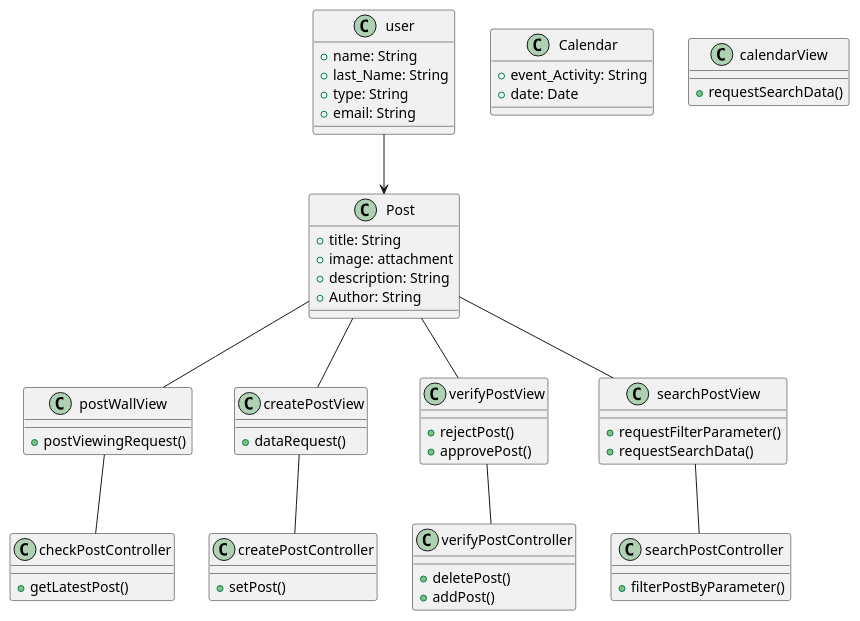
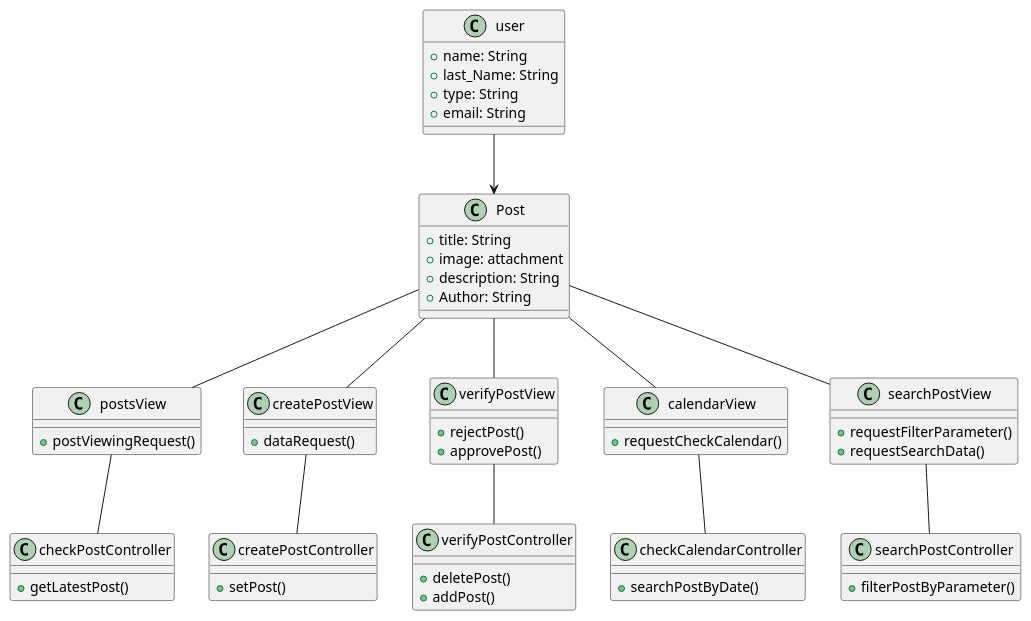
Before and after one commit to Dayannis-07/ING_SOFT: the diagram in docs/scenariosView/AnalysisClassDiagram.plantuml, drawn with PlantUML. The commit also changed 7 other files, not shown here.

```diff
--- a/docs/scenariosView/AnalysisClassDiagram.plantuml
+++ b/docs/scenariosView/AnalysisClassDiagram.plantuml
@@ -1,58 +1,59 @@
 @startuml classDiagram
 class user{
  +name: String
     +last_Name: String
     +type: String
     +email: String
 }
 class Post{
  +title: String
     +image: attachment
     +description: String
     + Author: String
 }
-class Calendar{
-    +event_Activity: String
-    +date: Date
-}
-class postWallView{
+class postsView{
   +postViewingRequest()
 }
 class createPostView{
  +dataRequest()
 }
 class verifyPostController{
 +deletePost()
 +addPost()
 }
 class createPostController{
   +setPost()
 }
 class checkPostController{
 + getLatestPost()
 }
 class searchPostController{
 +filterPostByParameter()
 }
 class verifyPostView{
 +rejectPost()
 +approvePost()
 }
 class calendarView{
-+requestSearchData()
++requestCheckCalendar()
+}
+class checkCalendarController{
+  +searchPostByDate()
 }
 class searchPostView{
   +requestFilterParameter()
   +requestSearchData()
 }
 
-Post--postWallView
+Post--postsView
 Post-- verifyPostView
 Post-- createPostView
 Post-- searchPostView
-postWallView--checkPostController
+Post--calendarView
+postsView--checkPostController
 createPostView--createPostController
 verifyPostView--verifyPostController
 searchPostView--searchPostController
+calendarView--checkCalendarController
 user-->Post
 @enduml
```
